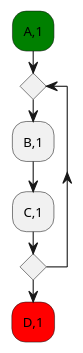
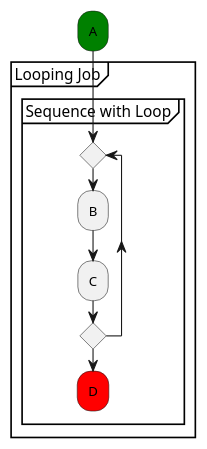
One commit to xtuml/munin changed the diagram in models/SequenceVerificationDataCentric/puml/Tutorial_11.puml. Above: the diagram before and after it, drawn with PlantUML. The commit also changed 2 other files, not shown here.

Commit message:
job:  #MUN-152  11 and 12
Added support for simple loop and hidden transition.

```diff
--- a/models/SequenceVerificationDataCentric/puml/Tutorial_11.puml
+++ b/models/SequenceVerificationDataCentric/puml/Tutorial_11.puml
@@ -1,8 +1,12 @@
 @startuml
-#green:A,1;
-repeat
-  :B,1;
-  :C,1;
-repeat while
-#red:D,1;
+#green:A;
+partition "Looping Job" {
+  group "Sequence with Loop"
+    repeat
+      :B;
+      :C;
+    repeat while
+    #red:D;
+  end group
+}
 @enduml
```
